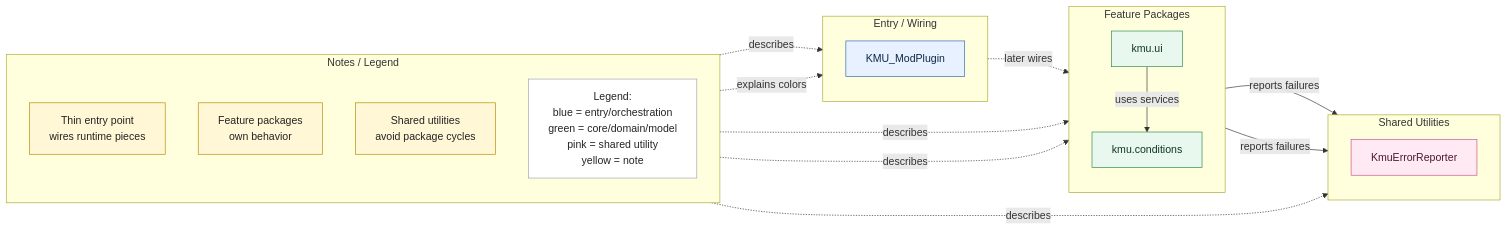
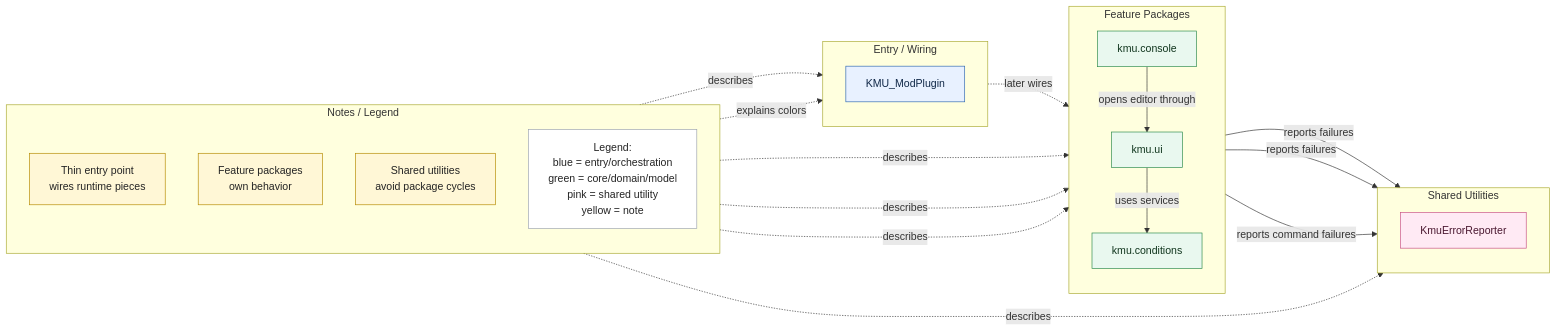
The diagram in src/main/java/kmu/kmu.mmd (Klark-Morrigan/Starsector-Mod-KMU), drawn with Mermaid before and after one commit. The commit also changed 5 other files, not shown here.

```diff
--- a/src/main/java/kmu/kmu.mmd
+++ b/src/main/java/kmu/kmu.mmd
@@ -1,53 +1,57 @@
 flowchart LR
     subgraph Meta["Notes / Legend"]
         direction TB
         ThinPlugin["Thin entry point<br/>wires runtime pieces"]
         PackageRules["Feature packages<br/>own behavior"]
         SharedRule["Shared utilities<br/>avoid package cycles"]
         Legend["Legend:<br/>blue = entry/orchestration<br/>green = core/domain/model<br/>pink = shared utility<br/>yellow = note"]
     end
 
     subgraph Entry["Entry / Wiring"]
         direction TB
         Plugin["KMU_ModPlugin"]
     end
 
     subgraph Features["Feature Packages"]
         direction TB
         UI["kmu.ui"]
         Conditions["kmu.conditions"]
+        Console["kmu.console"]
     end
 
     subgraph Shared["Shared Utilities"]
         direction TB
         Reporter["KmuErrorReporter"]
     end
 
     ThinPlugin -. describes .-> Plugin
     PackageRules -. describes .-> UI
     PackageRules -. describes .-> Conditions
+    PackageRules -. describes .-> Console
     SharedRule -. describes .-> Reporter
     Legend -. explains colors .-> Plugin
 
     Plugin -. later wires .-> UI
 
+    Console -->|opens editor through| UI
     UI -->|uses services| Conditions
     UI -->|reports failures| Reporter
 
     Conditions -->|reports failures| Reporter
+    Console -->|reports command failures| Reporter
 
     classDef note fill:#fff7d6,stroke:#b58b00,color:#242424
     classDef legend fill:#ffffff,stroke:#9ca3af,color:#242424
     classDef orchestration fill:#e8f1ff,stroke:#2f67b1,color:#0f2747
     classDef core fill:#e9f8ef,stroke:#2b8a4b,color:#10351d
     classDef value fill:#eef8ff,stroke:#3b82a0,color:#113247
     classDef port fill:#fff0e6,stroke:#c76a24,color:#4a2108
     classDef adapter fill:#f3ecff,stroke:#7b55b7,color:#2d1c45
     classDef external fill:#f3f4f6,stroke:#6b7280,color:#1f2937
     classDef shared fill:#ffeaf4,stroke:#c75186,color:#4a1830
 
     class ThinPlugin,PackageRules,SharedRule note
     class Legend legend
     class Plugin orchestration
-    class UI,Conditions core
+    class UI,Conditions,Console core
     class Reporter shared
```
